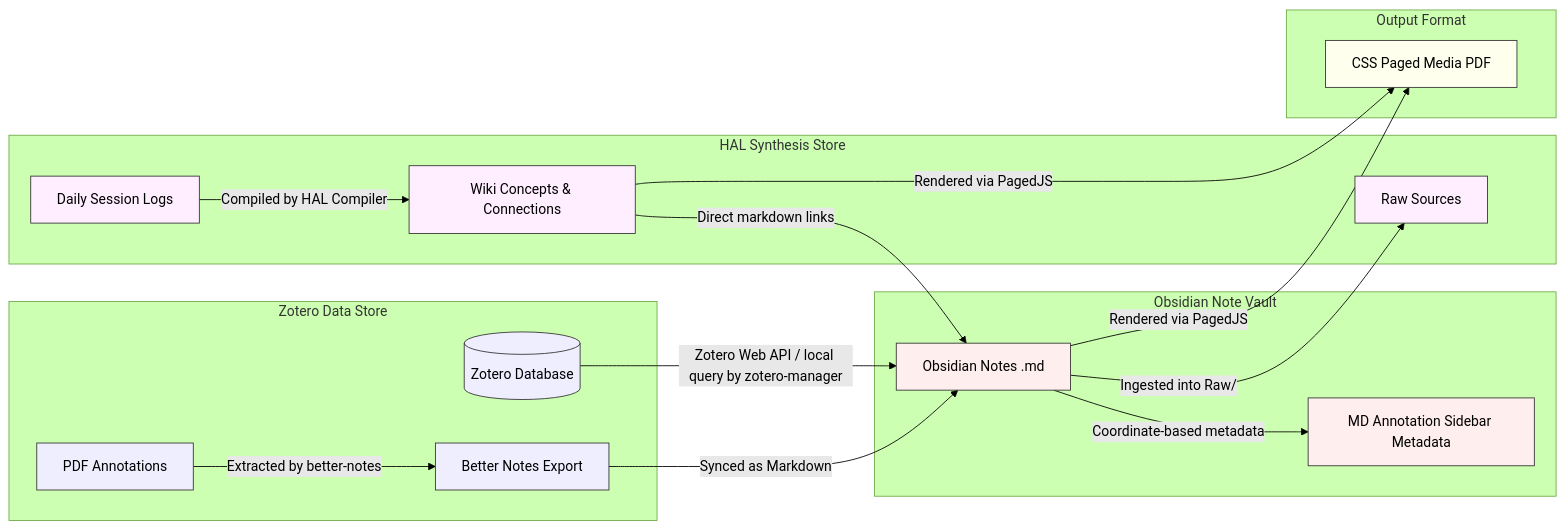
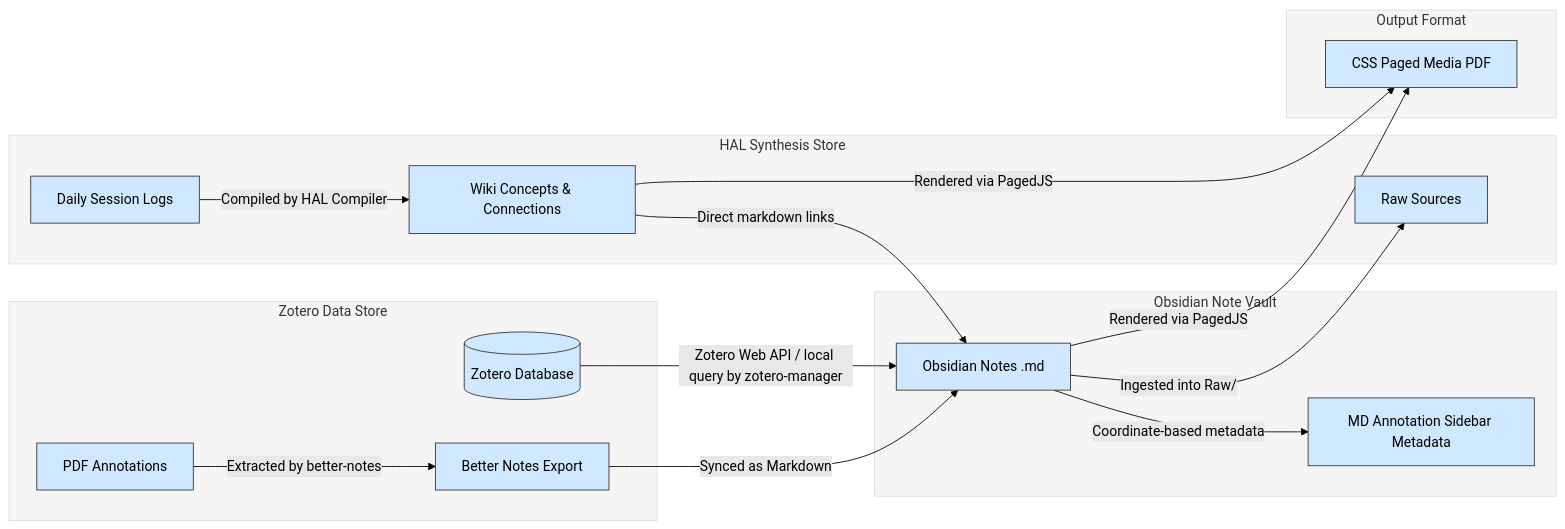
One commit to jsglazer/jsglazer.github.io changed the second of 2 diagrams in README.md. Above: the diagram before and after it, drawn with Mermaid (forest theme). The commit also changed other lines of this file and 7 other files, not shown here.

Commit message:
Add setup requirements and future integrations, restore biography paragraph, update Mermaid styling, and use .md links

````diff
--- a/README.md
+++ b/README.md
@@ -92,38 +98,40 @@
 ```mermaid
 flowchart LR
-    classDef zotero fill:#eef,stroke:#333,stroke-width:1px;
-    classDef obsidian fill:#fee,stroke:#333,stroke-width:1px;
-    classDef hal fill:#fef,stroke:#333,stroke-width:1px;
-    classDef export fill:#ffe,stroke:#333,stroke-width:1px;
+    classDef default fill:#d0e8ff,stroke:#333,stroke-width:1px;
 
     subgraph ZoteroData ["Zotero Data Store"]
-        ZDB[(Zotero Database)]:::zotero
-        ZPDF[PDF Annotations]:::zotero
-        BNNotes[Better Notes Export]:::zotero
+        ZDB[(Zotero Database)]
+        ZPDF[PDF Annotations]
+        BNNotes[Better Notes Export]
     end
 
     subgraph ObsidianData ["Obsidian Note Vault"]
-        OMD[Obsidian Notes .md]:::obsidian
-        MDA_Meta[MD Annotation Sidebar Metadata]:::obsidian
+        OMD[Obsidian Notes .md]
+        MDA_Meta[MD Annotation Sidebar Metadata]
     end
 
     subgraph HALData ["HAL Synthesis Store"]
-        RawDocs[Raw Sources]:::hal
-        DailyLogs[Daily Session Logs]:::hal
-        Wiki[Wiki Concepts & Connections]:::hal
+        RawDocs[Raw Sources]
+        DailyLogs[Daily Session Logs]
+        Wiki[Wiki Concepts & Connections]
     end
 
     subgraph Publishing ["Output Format"]
-        PagedPDF[CSS Paged Media PDF]:::export
+        PagedPDF[CSS Paged Media PDF]
     end
+
+    style ZoteroData fill:#f5f5f5,stroke:#ddd,stroke-width:1px
+    style ObsidianData fill:#f5f5f5,stroke:#ddd,stroke-width:1px
+    style HALData fill:#f5f5f5,stroke:#ddd,stroke-width:1px
+    style Publishing fill:#f5f5f5,stroke:#ddd,stroke-width:1px
 
     ZPDF -->|Extracted by better-notes| BNNotes
     BNNotes -->|Synced as Markdown| OMD
     ZDB -->|Zotero Web API / local query by zotero-manager| OMD
     OMD -->|Coordinate-based metadata| MDA_Meta
     OMD -->|Ingested into Raw/| RawDocs
     DailyLogs -->|Compiled by HAL Compiler| Wiki
     Wiki -->|Direct markdown links| OMD
     OMD -->|Rendered via PagedJS| PagedPDF
     Wiki -->|Rendered via PagedJS| PagedPDF
 ```
````
